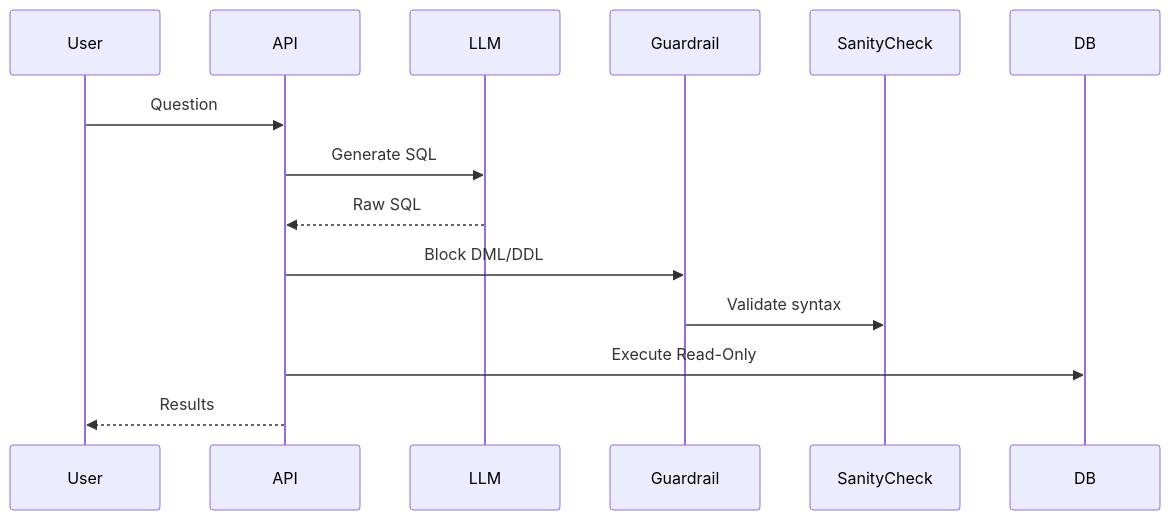
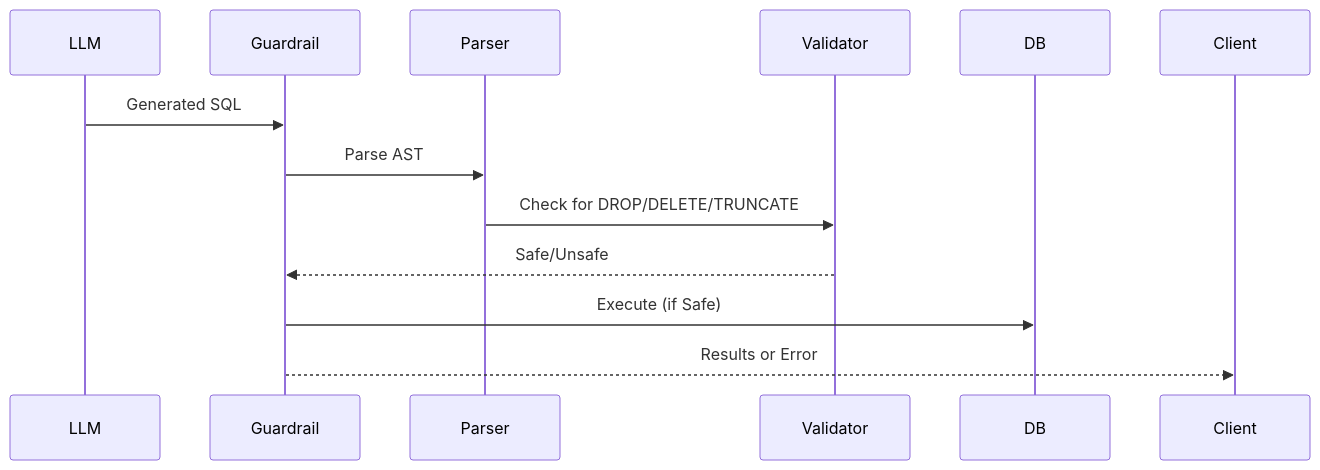
Before and after one commit to SumitDalavi/text-to-sql-guardrails: the diagram in docs/architecture.md, drawn with Mermaid. The commit also changed other lines of this file and 1 other file, not shown here.

Commit message:
docs: implement detailed README and architecture docs

````diff
--- a/docs/architecture.md
+++ b/docs/architecture.md
@@ -6,10 +6,9 @@
 ```mermaid
 sequenceDiagram
-User->>API: Question
-API->>LLM: Generate SQL
-LLM-->>API: Raw SQL
-API->>Guardrail: Block DML/DDL
-Guardrail->>SanityCheck: Validate syntax
-API->>DB: Execute Read-Only
-API-->>User: Results
+    LLM->>Guardrail: Generated SQL
+Guardrail->>Parser: Parse AST
+Parser->>Validator: Check for DROP/DELETE/TRUNCATE
+Validator-->>Guardrail: Safe/Unsafe
+Guardrail->>DB: Execute (if Safe)
+Guardrail-->>Client: Results or Error
 ```
````
